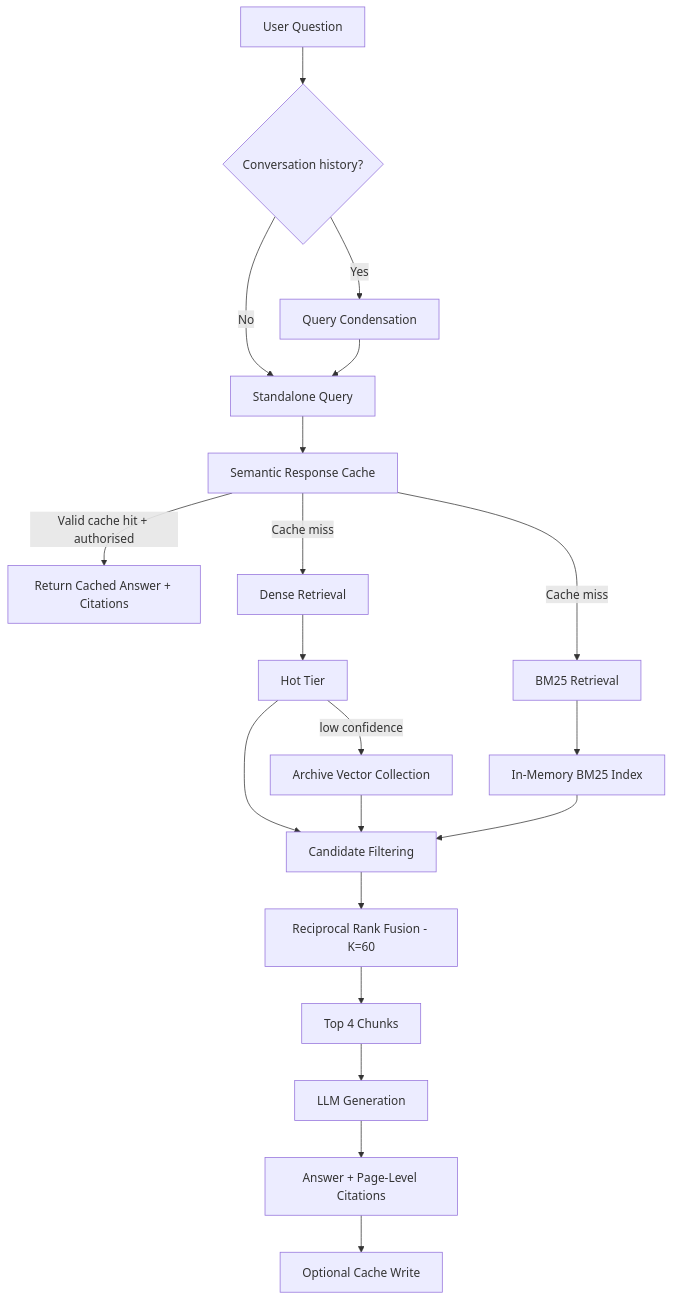
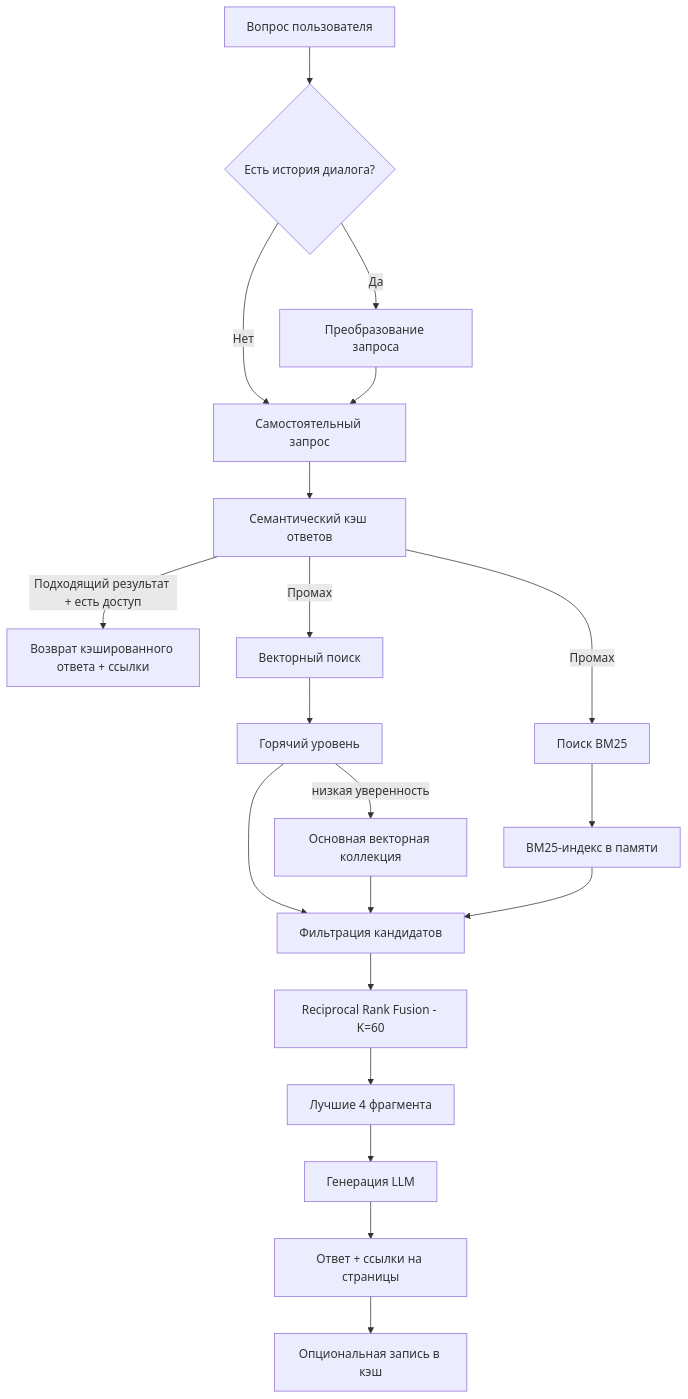
The diagram in README.md (edikhanbayev/Citation-Grounded-RAG-System), drawn with Mermaid before and after one commit. The commit also changed other lines of this file, not shown here.

````diff
--- a/README.md
+++ b/README.md
@@ -28,26 +28,22 @@
 ```mermaid
 flowchart TD
-    A[User Question] --> B{Conversation history?}
-    B -- Yes --> C[Query Condensation]
-    B -- No --> D[Standalone Query]
+    A[Вопрос пользователя] --> B{Есть история диалога?}
+    B -- Да --> C[Преобразование запроса]
+    B -- Нет --> D[Самостоятельный запрос]
     C --> D
-
-    D --> E[Semantic Response Cache]
-    E -- Valid cache hit + authorised --> Z[Return Cached Answer + Citations]
-    E -- Cache miss --> F1[Dense Retrieval]
-    E -- Cache miss --> F2[BM25 Retrieval]
-
-    F1 --> G1[Hot Tier]
-    G1 -->|low confidence| G2[Archive Vector Collection]
-    F2 --> H[In-Memory BM25 Index]
-
-    G1 --> I[Candidate Filtering]
+    D --> E[Семантический кэш ответов]
+    E -- Подходящий результат + есть доступ --> Z[Возврат кэшированного ответа + ссылки]
+    E -- Промах --> F1[Векторный поиск]
+    E -- Промах --> F2[Поиск BM25]
+    F1 --> G1[Горячий уровень]
+    G1 -->|низкая уверенность| G2[Основная векторная коллекция]
+    F2 --> H[BM25-индекс в памяти]
+    G1 --> I[Фильтрация кандидатов]
     G2 --> I
     H --> I
-
     I --> J[Reciprocal Rank Fusion - K=60]
-    J --> K[Top 4 Chunks]
-    K --> L[LLM Generation]
-    L --> M[Answer + Page-Level Citations]
-    M --> N[Optional Cache Write]
+    J --> K[Лучшие 4 фрагмента]
+    K --> L[Генерация LLM]
+    L --> M[Ответ + ссылки на страницы]
+    M --> N[Опциональная запись в кэш]
 ```
````
